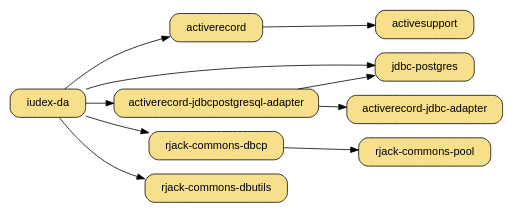
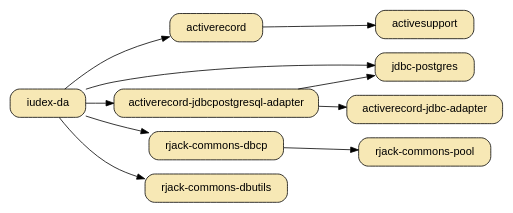
Before and after one commit to dekellum/iudex: the diagram in www/_dot/iudex-da.dot, drawn with Graphviz. The commit also changed 10 other files, not shown here.

```diff
--- a/www/_dot/iudex-da.dot
+++ b/www/_dot/iudex-da.dot
@@ -1,18 +1,18 @@
 digraph "iudex-da-gems" {
   rankdir=LR
   size="5.2,5";
   bgcolor="transparent";
-  node [ shape=box, style="filled,rounded", fillcolor="#f8df8b", fontname="Arial",
+  node [ shape=box, style="filled,rounded", fillcolor="#f7e8b5", fontname="Arial",
          margin="0.30,0.1" ];
 
   "iudex-da" -> "activerecord" -> "activesupport"
   "iudex-da" -> "jdbc-postgres"
   "iudex-da" -> "activerecord-jdbcpostgresql-adapter"
   "iudex-da" -> "rjack-commons-dbcp"
   "iudex-da" -> "rjack-commons-dbutils"
 
   "rjack-commons-dbcp" -> "rjack-commons-pool";
 
   "activerecord-jdbcpostgresql-adapter" -> "activerecord-jdbc-adapter"
   "activerecord-jdbcpostgresql-adapter" -> "jdbc-postgres"
 }
```
